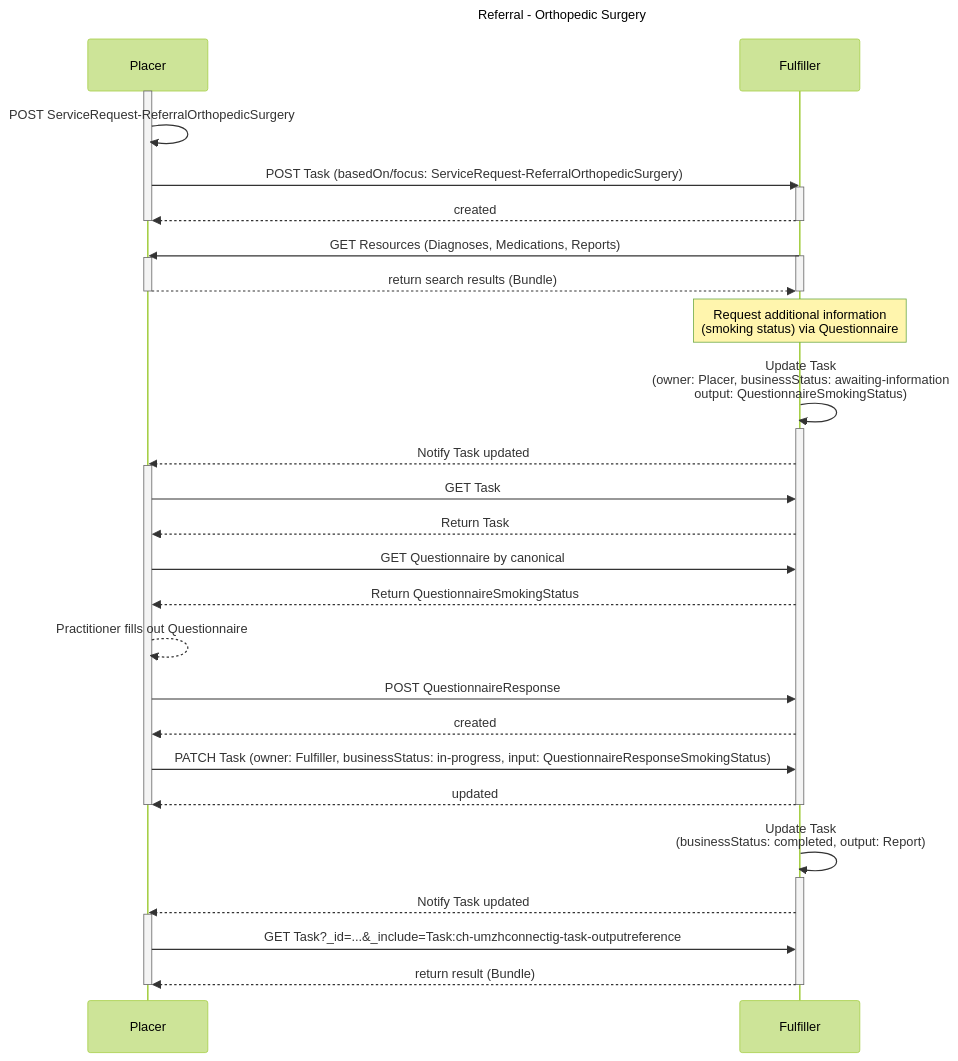
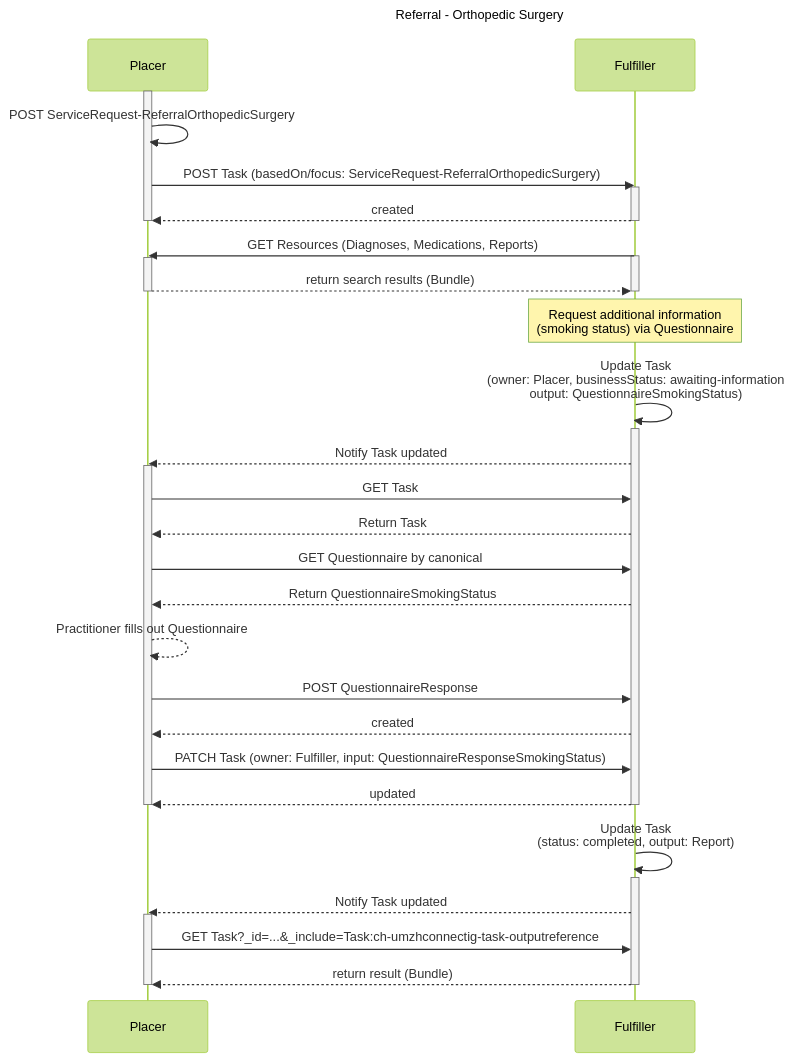
One commit to umzhconnect/umzhconnect-ig changed the diagram in input/pagecontent/usecase-referral-orthopedic.md. Above: the diagram before and after it, drawn with Mermaid (forest theme). The commit also changed other lines of this file and 9 other files, not shown here.

````diff
--- a/input/pagecontent/usecase-referral-orthopedic.md
+++ b/input/pagecontent/usecase-referral-orthopedic.md
@@ -18,49 +18,49 @@
 ```mermaid
 sequenceDiagram
     title Referral - Orthopedic Surgery
 
     participant Placer as Placer
     participant Fulfiller as Fulfiller
     activate Placer
     Placer->>Placer: POST ServiceRequest-ReferralOrthopedicSurgery
     Placer->>Fulfiller: POST Task (basedOn/focus: ServiceRequest-ReferralOrthopedicSurgery)
     activate Fulfiller
     Fulfiller-->>Placer: created
     deactivate Placer
     deactivate Fulfiller
 
     Fulfiller->>Placer: GET Resources (Diagnoses, Medications, Reports)
     activate Fulfiller
     activate Placer
     Placer-->>Fulfiller: return search results (Bundle)
     deactivate Fulfiller
     deactivate Placer
 
     Note over Fulfiller: Request additional information<br/>(smoking status) via Questionnaire
     Fulfiller->>Fulfiller: Update Task<br/>(owner: Placer, businessStatus: awaiting-information<br/>output: QuestionnaireSmokingStatus)
     activate Fulfiller
     Fulfiller-->>Placer: Notify Task updated
     activate Placer
     Placer->>Fulfiller: GET Task
     Fulfiller-->>Placer: Return Task
     Placer->>Fulfiller: GET Questionnaire by canonical
     Fulfiller-->>Placer: Return QuestionnaireSmokingStatus
     Placer-->>Placer: Practitioner fills out Questionnaire
     Placer->>Fulfiller: POST QuestionnaireResponse
     Fulfiller-->>Placer: created
-    Placer->>Fulfiller: PATCH Task (owner: Fulfiller, businessStatus: in-progress, input: QuestionnaireResponseSmokingStatus)
+    Placer->>Fulfiller: PATCH Task (owner: Fulfiller, input: QuestionnaireResponseSmokingStatus)
     Fulfiller-->>Placer: updated
     deactivate Placer
     deactivate Fulfiller
 
-    Fulfiller->>Fulfiller: Update Task<br/>(businessStatus: completed, output: Report)
+    Fulfiller->>Fulfiller: Update Task<br/>(status: completed, output: Report)
     activate Fulfiller
     Fulfiller-->>Placer: Notify Task updated
     activate Placer
     Placer->> Fulfiller: GET Task?_id=...&_include=Task:ch-umzhconnectig-task-outputreference
     Fulfiller-->>Placer: return result (Bundle)
     deactivate Placer
     deactivate Fulfiller
 
 
 ```
````
